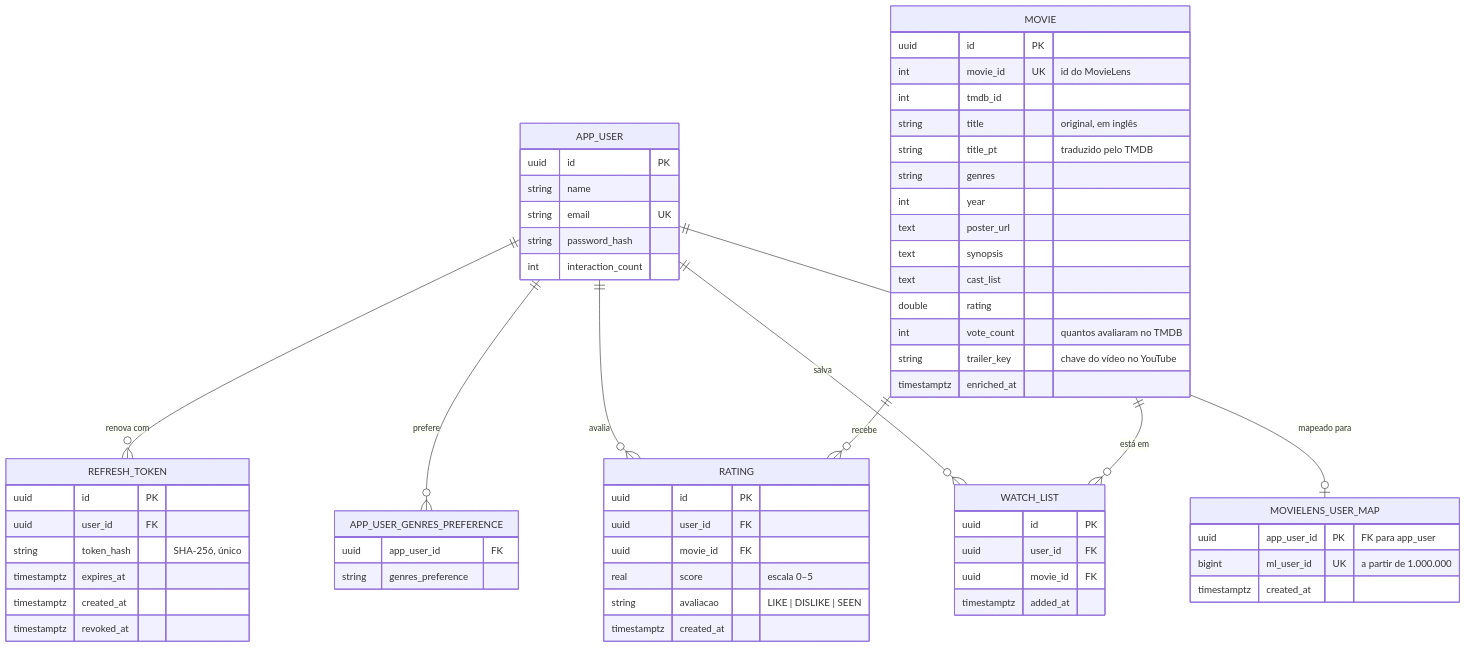
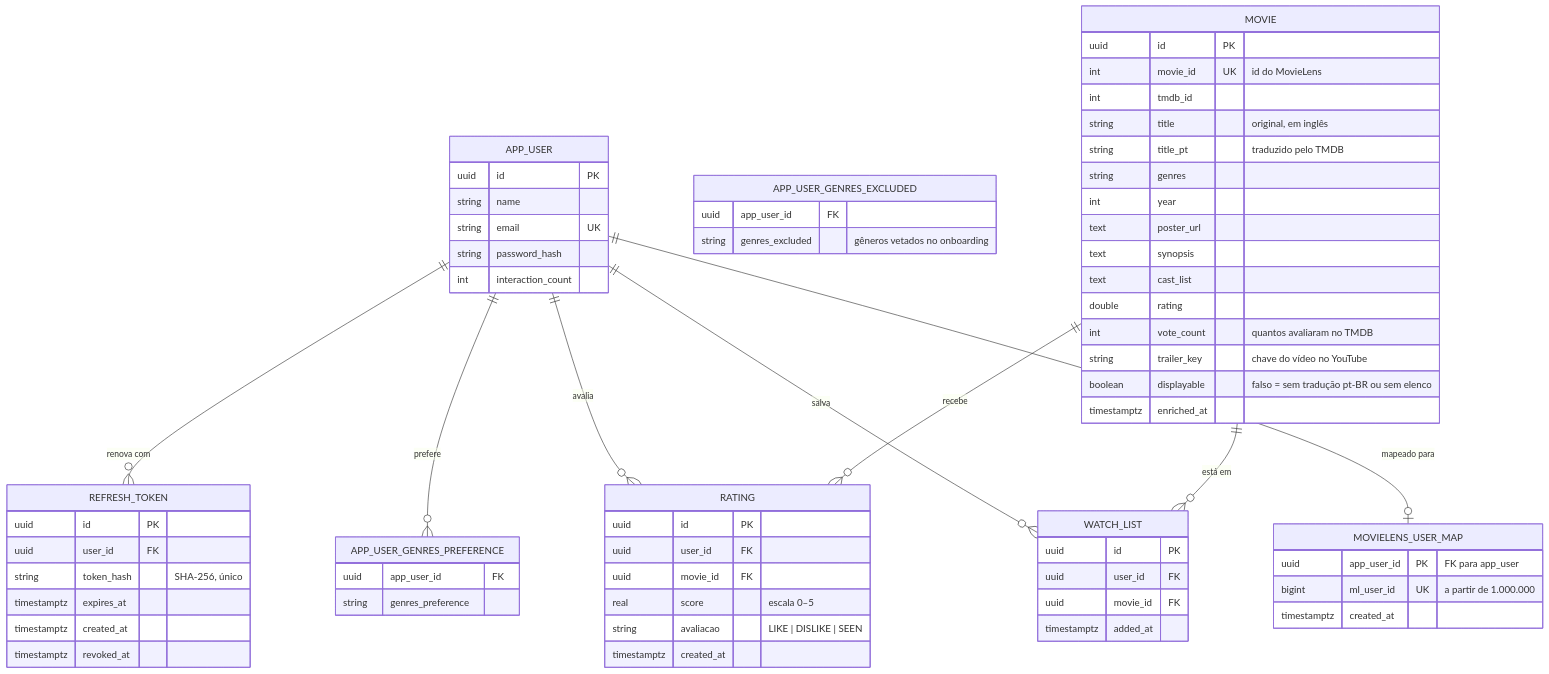
The third of 3 diagrams in docs/project_overview.md (fpp-7/nextScene), drawn with Mermaid before and after one commit. The commit also changed other lines of this file and 15 other files, not shown here.

````diff
--- a/docs/project_overview.md
+++ b/docs/project_overview.md
@@ -198,65 +198,70 @@
 ```mermaid
 erDiagram
     APP_USER {
         uuid id PK
         string name
         string email UK
         string password_hash
         int interaction_count
     }
     APP_USER_GENRES_PREFERENCE {
         uuid app_user_id FK
         string genres_preference
+    }
+    APP_USER_GENRES_EXCLUDED {
+        uuid app_user_id FK
+        string genres_excluded "gêneros vetados no onboarding"
     }
     MOVIE {
         uuid id PK
         int movie_id UK "id do MovieLens"
         int tmdb_id
         string title "original, em inglês"
         string title_pt "traduzido pelo TMDB"
         string genres
         int year
         text poster_url
         text synopsis
         text cast_list
         double rating
         int vote_count "quantos avaliaram no TMDB"
         string trailer_key "chave do vídeo no YouTube"
+        boolean displayable "falso = sem tradução pt-BR ou sem elenco"
         timestamptz enriched_at
     }
     REFRESH_TOKEN {
         uuid id PK
         uuid user_id FK
         string token_hash "SHA-256, único"
         timestamptz expires_at
         timestamptz created_at
         timestamptz revoked_at
     }
     RATING {
         uuid id PK
         uuid user_id FK
         uuid movie_id FK
         real score "escala 0–5"
         string avaliacao "LIKE | DISLIKE | SEEN"
         timestamptz created_at
     }
     WATCH_LIST {
         uuid id PK
         uuid user_id FK
         uuid movie_id FK
         timestamptz added_at
     }
     MOVIELENS_USER_MAP {
         uuid app_user_id PK "FK para app_user"
         bigint ml_user_id UK "a partir de 1.000.000"
         timestamptz created_at
     }
 
     APP_USER ||--o{ REFRESH_TOKEN : "renova com"
     APP_USER ||--o{ APP_USER_GENRES_PREFERENCE : "prefere"
     APP_USER ||--o{ RATING : "avalia"
     APP_USER ||--o{ WATCH_LIST : "salva"
     APP_USER ||--o| MOVIELENS_USER_MAP : "mapeado para"
     MOVIE ||--o{ RATING : "recebe"
     MOVIE ||--o{ WATCH_LIST : "está em"
 ```
````
